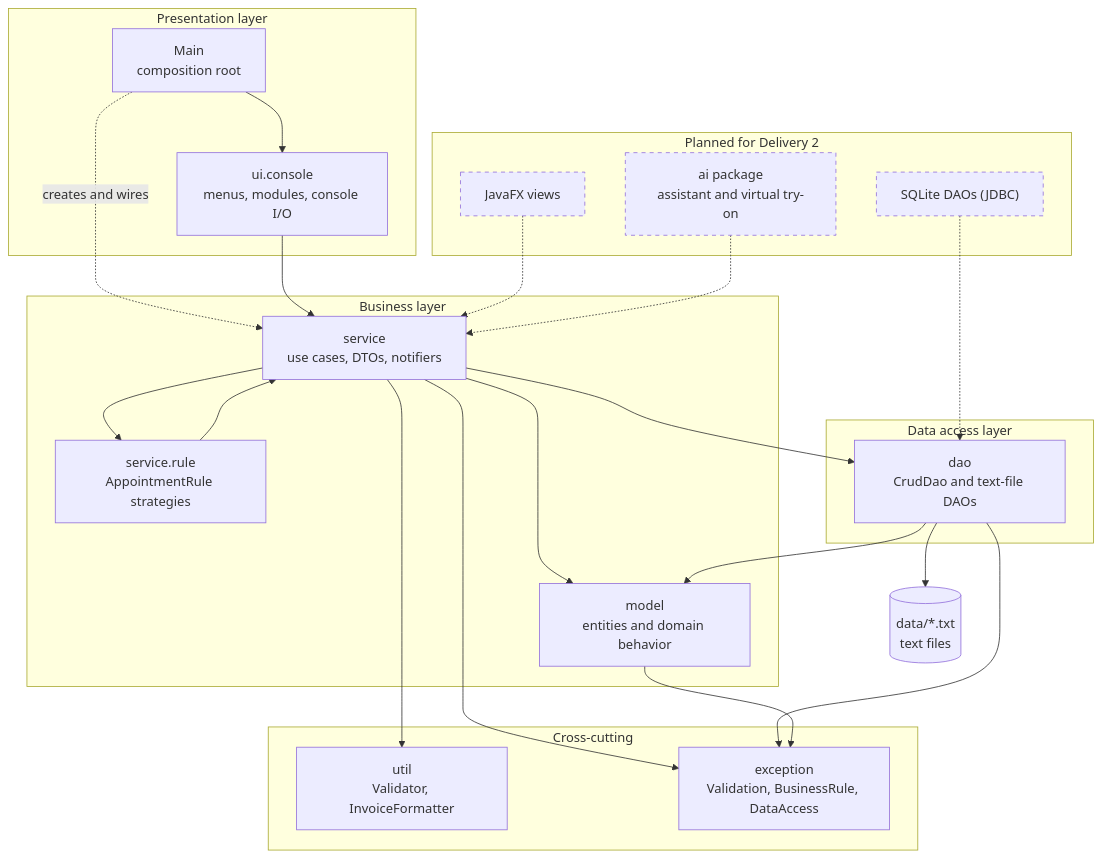
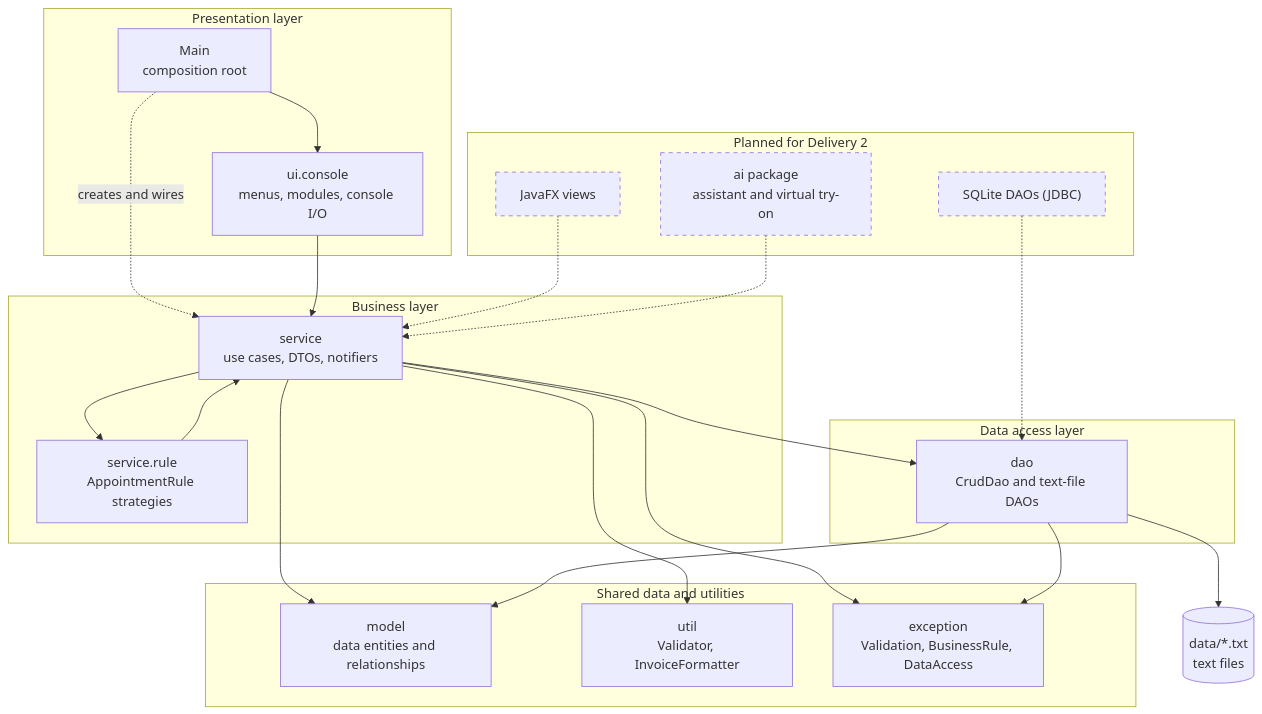
Before and after one commit to samueldrangel/maison-glow: the diagram in README.md, drawn with Mermaid. The commit also changed other lines of this file and 75 other files, not shown here.

````diff
--- a/README.md
+++ b/README.md
@@ -46,51 +46,50 @@
 ```mermaid
 flowchart TB
     subgraph PRES["Presentation layer"]
         MAIN["Main<br/>composition root"]
         CONSOLE["ui.console<br/>menus, modules, console I/O"]
     end
 
     subgraph BIZ["Business layer"]
         SERVICE["service<br/>use cases, DTOs, notifiers"]
         RULE["service.rule<br/>AppointmentRule strategies"]
-        MODEL["model<br/>entities and domain behavior"]
     end
 
     subgraph DATA["Data access layer"]
         DAO["dao<br/>CrudDao and text-file DAOs"]
     end
 
     STORE[("data/*.txt<br/>text files")]
 
-    subgraph CROSS["Cross-cutting"]
+    subgraph CROSS["Shared data and utilities"]
+        MODEL["model<br/>data entities and relationships"]
         UTIL["util<br/>Validator, InvoiceFormatter"]
         EXC["exception<br/>Validation, BusinessRule, DataAccess"]
     end
 
     subgraph NEXT["Planned for Delivery 2"]
         JFX["JavaFX views"]
         SQL["SQLite DAOs (JDBC)"]
         AI["ai package<br/>assistant and virtual try-on"]
     end
 
     MAIN --> CONSOLE
     MAIN -. "creates and wires" .-> SERVICE
     CONSOLE --> SERVICE
     SERVICE --> RULE
     RULE --> SERVICE
     SERVICE --> MODEL
     SERVICE --> DAO
     DAO --> MODEL
     DAO --> STORE
     SERVICE --> UTIL
     SERVICE --> EXC
     DAO --> EXC
-    MODEL --> EXC
 
     JFX -.-> SERVICE
     AI -.-> SERVICE
     SQL -.-> DAO
 
     classDef planned stroke-dasharray: 5 5
     class JFX,SQL,AI planned
 ```
````
